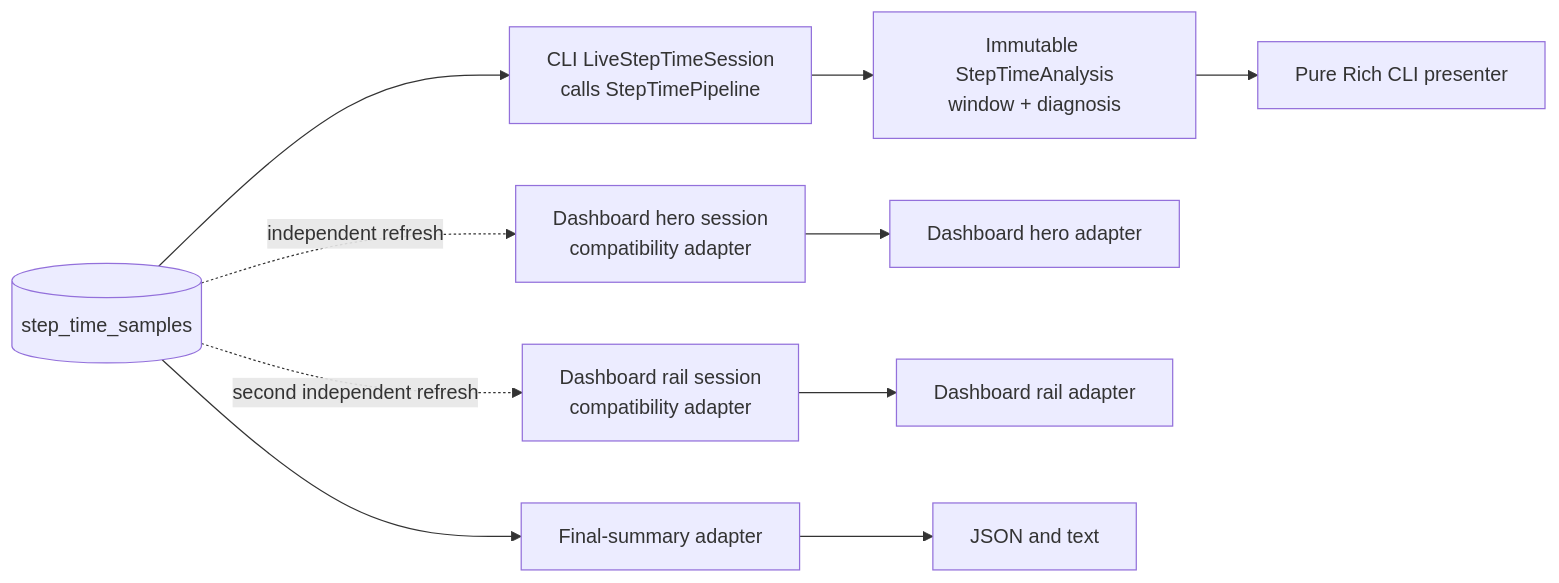
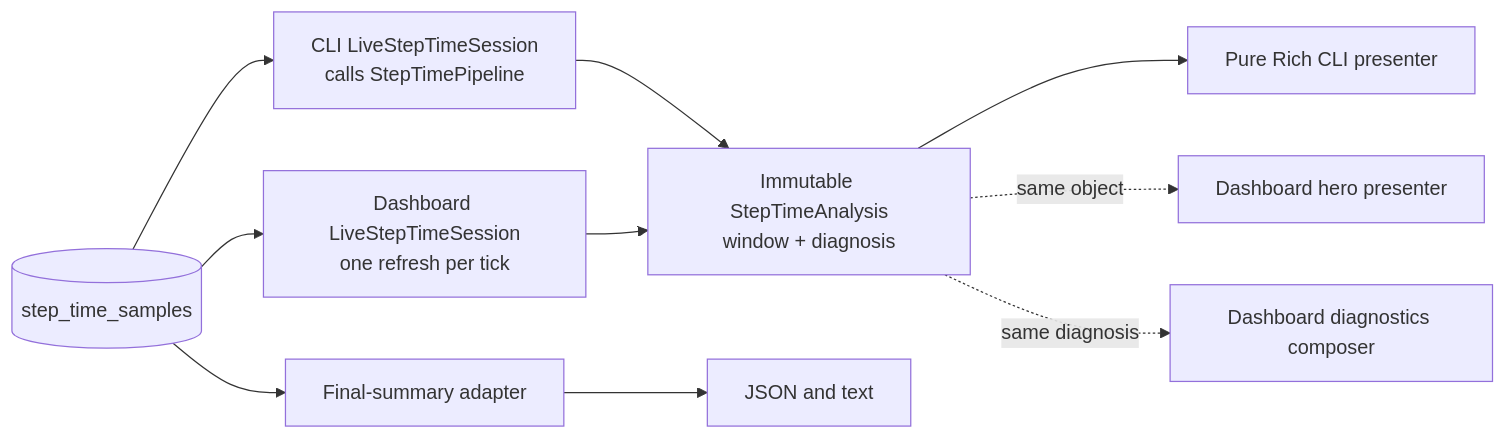
One commit to traceopt-ai/traceml changed the diagram in docs/developer_guide/step-time-pipeline-contract.md. Above: the diagram before and after it, drawn with Mermaid. The commit also changed other lines of this file and 20 other files, not shown here.

````diff
--- a/docs/developer_guide/step-time-pipeline-contract.md
+++ b/docs/developer_guide/step-time-pipeline-contract.md
@@ -14,18 +14,18 @@
 ```mermaid
 flowchart LR
     DB[(step_time_samples)]
     CLS["CLI LiveStepTimeSession<br/>calls StepTimePipeline"]
-    HLS["Dashboard hero session<br/>compatibility adapter"]
-    RLS["Dashboard rail session<br/>compatibility adapter"]
+    DLS["Dashboard LiveStepTimeSession<br/>one refresh per tick"]
     RESULT["Immutable StepTimeAnalysis<br/>window + diagnosis"]
     CLI["Pure Rich CLI presenter"]
-    HERO["Dashboard hero adapter"]
-    RAIL["Dashboard rail adapter"]
+    HERO["Dashboard hero presenter"]
+    RAIL["Dashboard diagnostics composer"]
     SUM["Final-summary adapter"]
     OUT["JSON and text"]
 
     DB --> CLS --> RESULT --> CLI
-    DB -. "independent refresh" .-> HLS --> HERO
-    DB -. "second independent refresh" .-> RLS --> RAIL
+    DB --> DLS --> RESULT
+    RESULT -. "same object" .-> HERO
+    RESULT -. "same diagnosis" .-> RAIL
     DB --> SUM --> OUT
 ```
````
